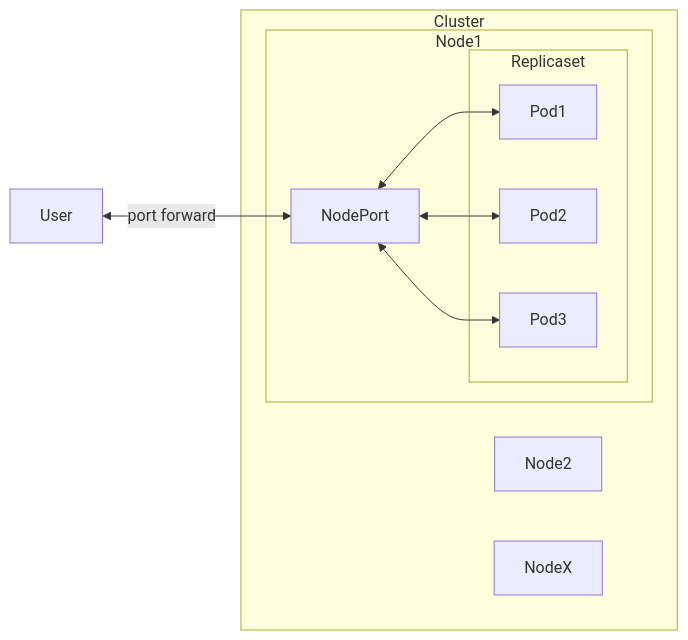
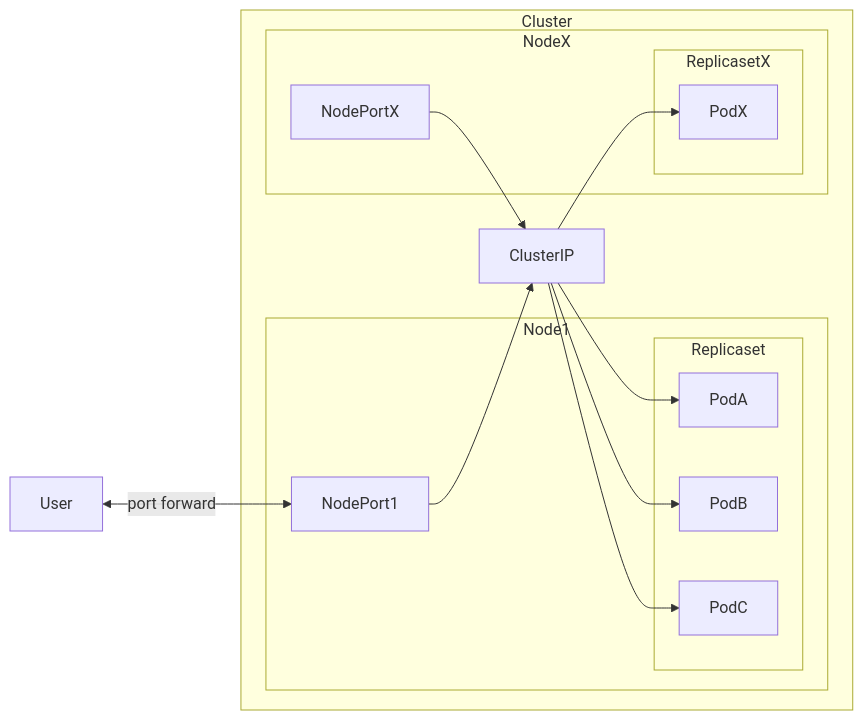
The diagram in README.md (Alesion30/mini-k8s-playground), drawn with Mermaid before and after one commit.

Commit message:
docs: READMEのフローチャートを更新し、NodePortの名称を修正

````diff
--- a/README.md
+++ b/README.md
@@ -45,18 +45,30 @@
 ```mermaid
 flowchart LR
-    User<-->|port forward|NodePort
+    User<-->|port forward|NodePort1
+
     subgraph Cluster
+    ClusterIP-->PodA
+    ClusterIP-->PodB
+    ClusterIP-->PodC
+    ClusterIP-->PodX
+    NodePort1-->ClusterIP
+    NodePortX-->ClusterIP
+
     subgraph Node1
-    NodePort<-->Pod1
-    NodePort<-->Pod2
-    NodePort<-->Pod3
+    NodePort1
     subgraph Replicaset
-    Pod1
-    Pod2
-    Pod3
+    PodA
+    PodB
+    PodC
     end
     end
-    Node2
-    NodeX
+
+    subgraph NodeX
+    NodePortX
+    subgraph ReplicasetX
+    PodX
+    end
+    end
+
     end
 ```
````
